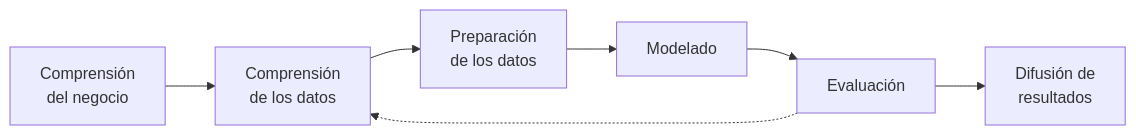
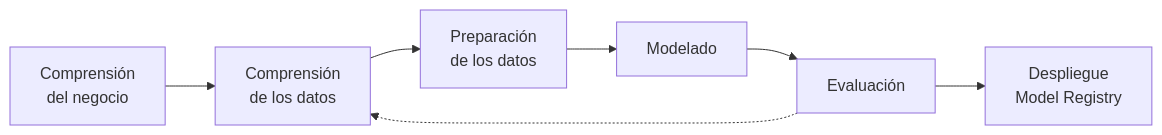
One commit to pablo-origlia/tfi-mineria-datos-noshow changed the diagram in README.md. Above: the diagram before and after it, drawn with Mermaid. The commit also changed other lines of this file and 27 other files, not shown here.

````diff
--- a/README.md
+++ b/README.md
@@ -47,9 +49,9 @@
 ```mermaid
 flowchart LR
     A[Comprensión<br/>del negocio] --> B[Comprensión<br/>de los datos]
     B --> C[Preparación<br/>de los datos]
     C --> D[Modelado]
     D --> E[Evaluación]
-    E --> F[Difusión de<br/>resultados]
+    E --> F[Despliegue<br/>Model Registry]
     E -.-> B
 ```
````
